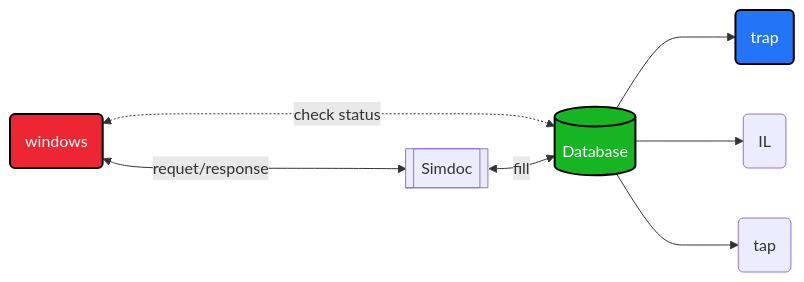
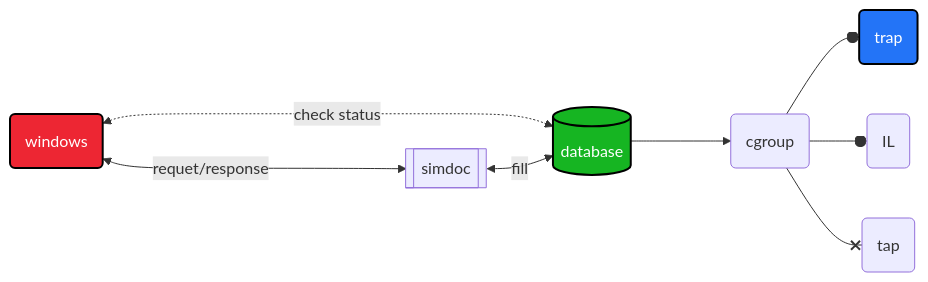
One commit to Vincent-vst/Davinci changed the diagram in README.md. Above: the diagram before and after it, drawn with Mermaid. The commit also changed other lines of this file, not shown here.

Commit message:
chores (readme) : diagramm

````diff
--- a/README.md
+++ b/README.md
@@ -45,20 +50,27 @@
 ```mermaid
 flowchart LR 
 
 	%% Colors %%
 	classDef blue fill:#2374f7,stroke:#000,stroke-width:2px,color:#fff
 	classDef pink fill:#eb3dd6,stroke:#000,stroke-width:2px,color:#fff
 	classDef orange fill:#fc822b,stroke:#000,stroke-width:2px,color:#fff
 	classDef red fill:#ed2633,stroke:#000,stroke-width:2px,color:#fff
 	classDef green fill:#16b522,stroke:#000,stroke-width:2px,color:#fff
 
-	%% Flowchart %% 
-	W("windows"):::red <---> |requet/response|S[["Simdoc"]]
-	W <-.-> |check status|D[("Database")]:::green
+	%% Variables %% 
+	W("windows")
+	S[["simdoc"]] 
+	D[("database")]
+
+	%% Flowchart APi%% 
+	W:::red <---> |requet/response|S
+	W <-.-> |check status|D:::green
 	S <--> |fill|D
-	D ---> TR("trap"):::blue
-	D ---> IL("IL")
-	D ---> TA("tap")
-	
+	D ---> R("cgroup") 
+	click J "www.google.com"
+  
+	R --o TR("trap"):::blue
+	R --o IL("IL")
+	R --x TA("tap")
 
 ``` 
````
